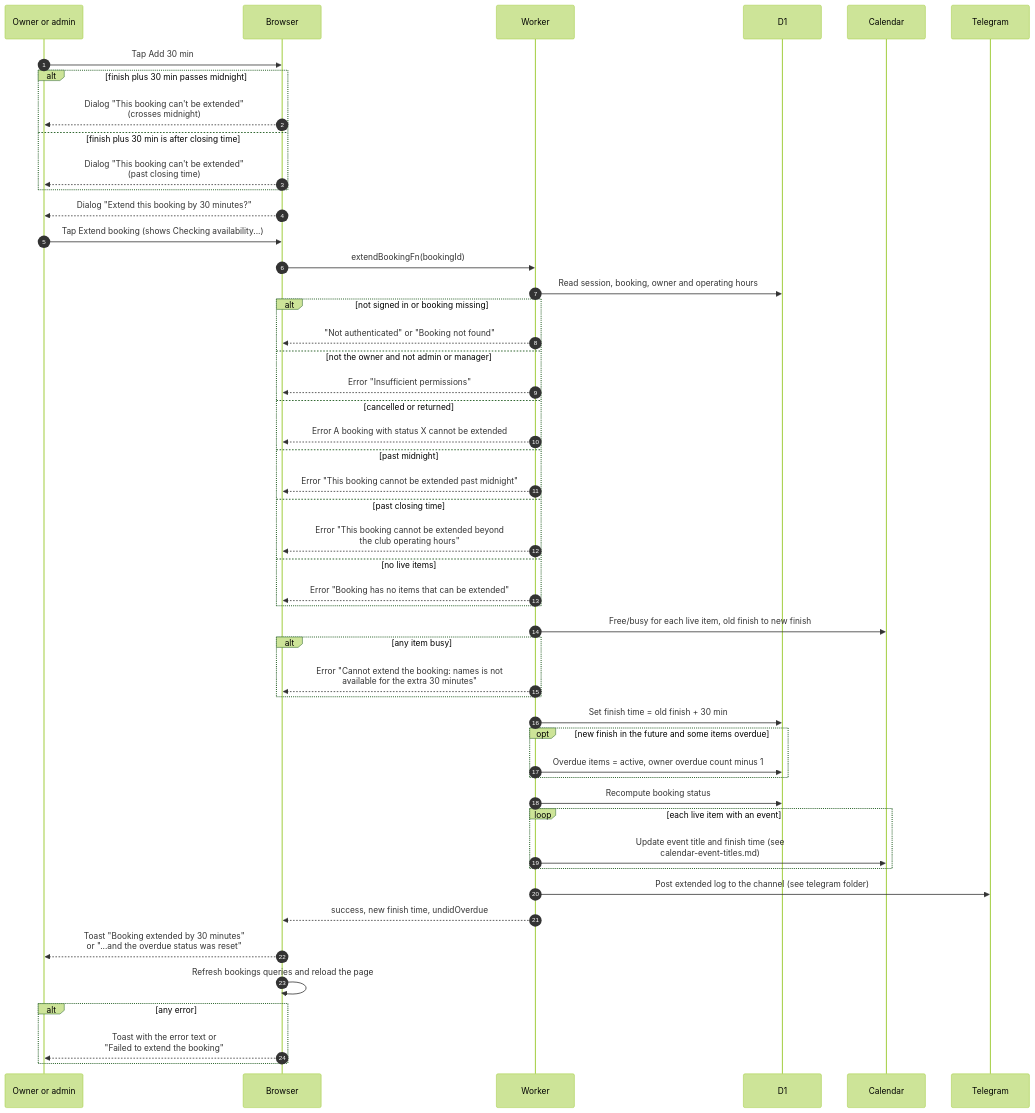
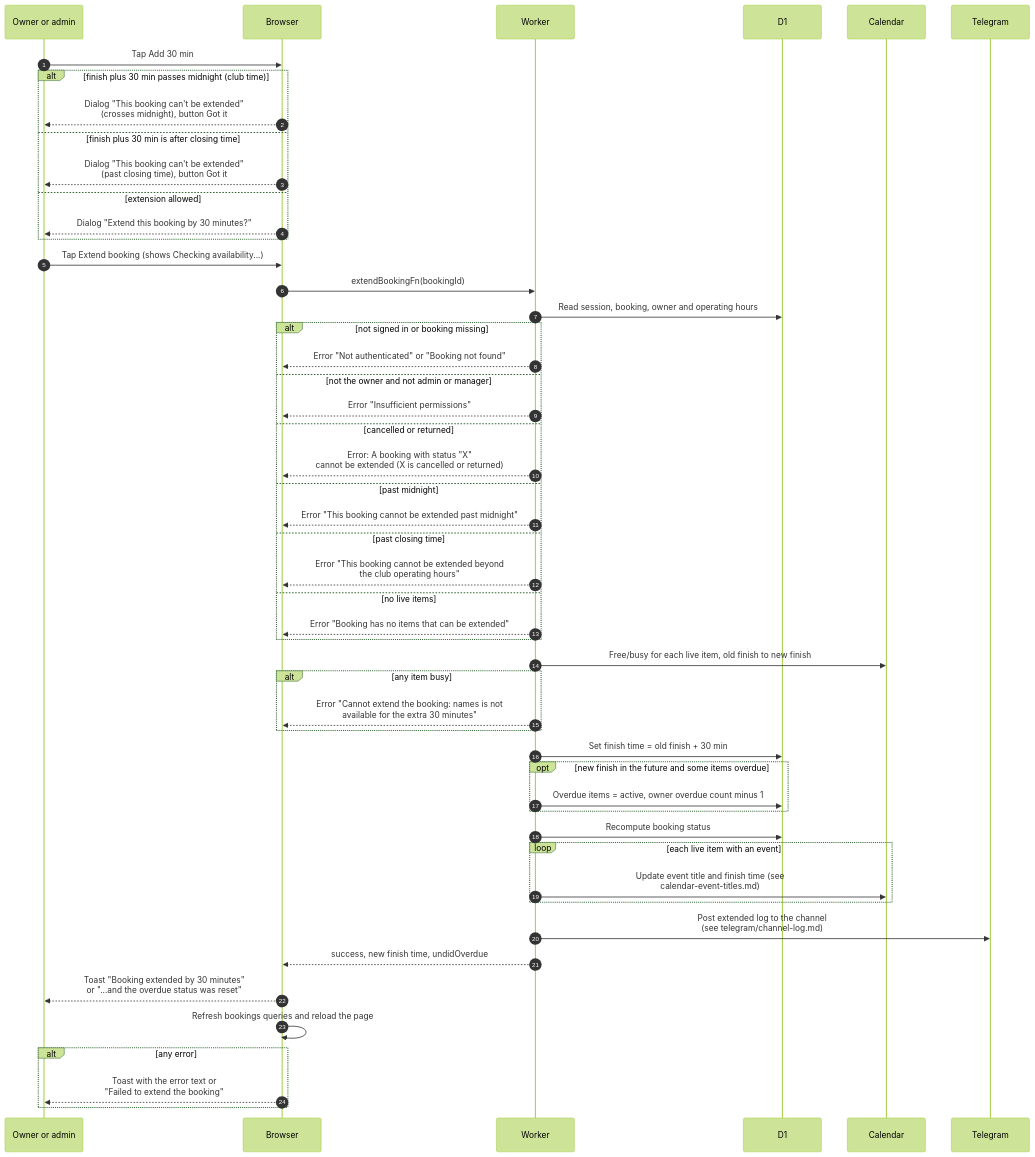
Before and after one commit to sagyzdop/meriksirat: the diagram in docs/scenarios/bookings/extend-booking.md, drawn with Mermaid (forest theme). The commit also changed other lines of this file and 17 other files, not shown here.

Commit message:
docs(scenarios): verify bookings diagrams against the code

````diff
--- a/docs/scenarios/bookings/extend-booking.md
+++ b/docs/scenarios/bookings/extend-booking.md
@@ -29,52 +32,53 @@
 ```mermaid
 sequenceDiagram
     autonumber
     participant P as Owner or admin
     participant B as Browser
     participant W as Worker
     participant D as D1
     participant C as Calendar
     participant T as Telegram
     P->>B: Tap Add 30 min
-    alt finish plus 30 min passes midnight
-        B-->>P: Dialog "This booking can't be extended"<br/>(crosses midnight)
+    alt finish plus 30 min passes midnight (club time)
+        B-->>P: Dialog "This booking can't be extended"<br/>(crosses midnight), button Got it
     else finish plus 30 min is after closing time
-        B-->>P: Dialog "This booking can't be extended"<br/>(past closing time)
+        B-->>P: Dialog "This booking can't be extended"<br/>(past closing time), button Got it
+    else extension allowed
+        B-->>P: Dialog "Extend this booking by 30 minutes?"
     end
-    B-->>P: Dialog "Extend this booking by 30 minutes?"
     P->>B: Tap Extend booking (shows Checking availability...)
     B->>W: extendBookingFn(bookingId)
     W->>D: Read session, booking, owner and operating hours
     alt not signed in or booking missing
-        W-->>B: "Not authenticated" or "Booking not found"
+        W-->>B: Error "Not authenticated" or "Booking not found"
     else not the owner and not admin or manager
         W-->>B: Error "Insufficient permissions"
     else cancelled or returned
-        W-->>B: Error A booking with status X cannot be extended
+        W-->>B: Error: A booking with status #quot;X#quot;<br/>cannot be extended (X is cancelled or returned)
     else past midnight
         W-->>B: Error "This booking cannot be extended past midnight"
     else past closing time
         W-->>B: Error "This booking cannot be extended beyond<br/>the club operating hours"
     else no live items
         W-->>B: Error "Booking has no items that can be extended"
     end
     W->>C: Free/busy for each live item, old finish to new finish
     alt any item busy
         W-->>B: Error "Cannot extend the booking: names is not<br/>available for the extra 30 minutes"
     end
     W->>D: Set finish time = old finish + 30 min
     opt new finish in the future and some items overdue
         W->>D: Overdue items = active, owner overdue count minus 1
     end
     W->>D: Recompute booking status
     loop each live item with an event
         W->>C: Update event title and finish time (see<br/>calendar-event-titles.md)
     end
-    W->>T: Post extended log to the channel (see telegram folder)
+    W->>T: Post extended log to the channel<br/>(see telegram/channel-log.md)
     W-->>B: success, new finish time, undidOverdue
     B-->>P: Toast "Booking extended by 30 minutes"<br/>or "...and the overdue status was reset"
     B->>B: Refresh bookings queries and reload the page
     alt any error
         B-->>P: Toast with the error text or<br/>"Failed to extend the booking"
     end
 ```
````
